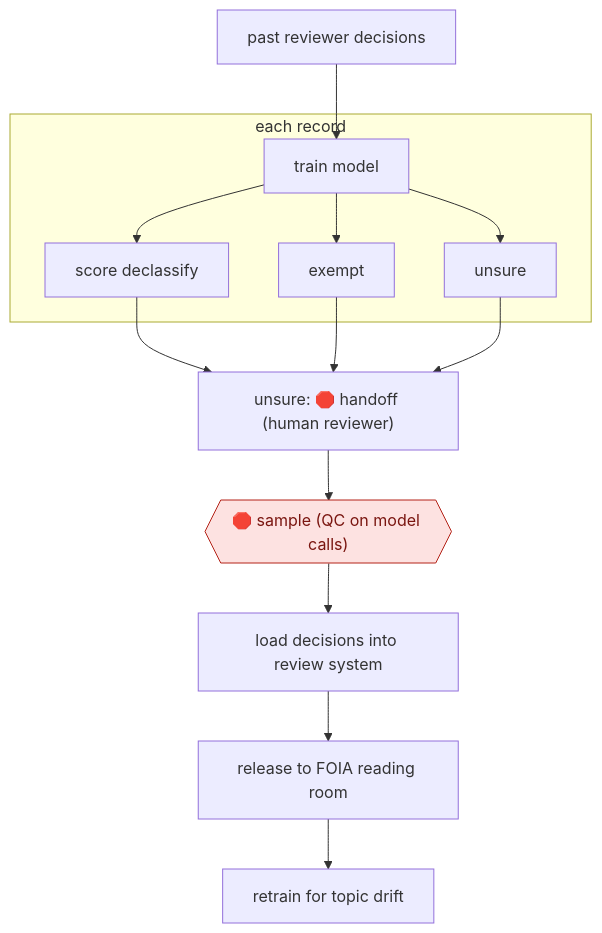
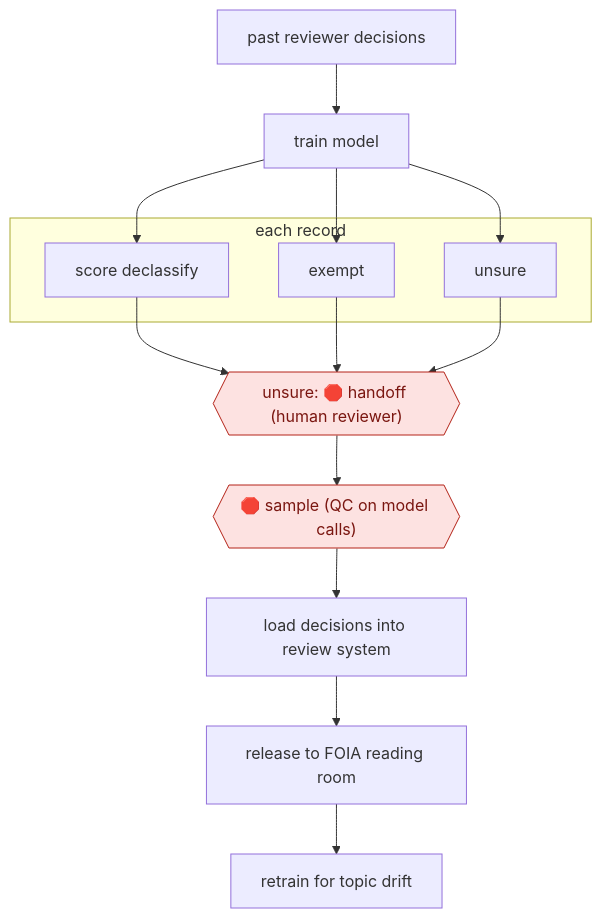
One commit to milesradford99/agent-workflow-atlas changed the diagram in workflows/ORG/GOV/CIVIC/model-triaged-records-release/README.md. Above: the diagram before and after it, drawn with Mermaid. The commit also changed 171 other files, not shown here.

````diff
--- a/workflows/ORG/GOV/CIVIC/model-triaged-records-release/README.md
+++ b/workflows/ORG/GOV/CIVIC/model-triaged-records-release/README.md
@@ -31,27 +31,27 @@
 ```mermaid
 flowchart TD
   n1["past reviewer decisions"]
   n2["train model"]
-  n1 --> n2
   subgraph s3["each record"]
   n4["score declassify"]
+  n5["exempt"]
+  n6["unsure"]
+  end
+  n7{{"unsure: 🛑 handoff (human reviewer)"}}:::stop
+  n8{{"🛑 sample (QC on model calls)"}}:::stop
+  n9["load decisions into review system"]
+  n10["release to FOIA reading room"]
+  n11["retrain for topic drift"]
+  n1 --> n2
   n2 --> n4
-  n5["exempt"]
   n2 --> n5
-  n6["unsure"]
   n2 --> n6
-  end
-  n7["unsure: 🛑 handoff (human reviewer)"]
   n4 --> n7
   n5 --> n7
   n6 --> n7
-  n8{{"🛑 sample (QC on model calls)"}}:::stop
   n7 --> n8
-  n9["load decisions into review system"]
   n8 --> n9
-  n10["release to FOIA reading room"]
   n9 --> n10
-  n11["retrain for topic drift"]
   n10 --> n11
   classDef stop fill:#fde2e1,stroke:#b42318,color:#7a1610
 ```
````
